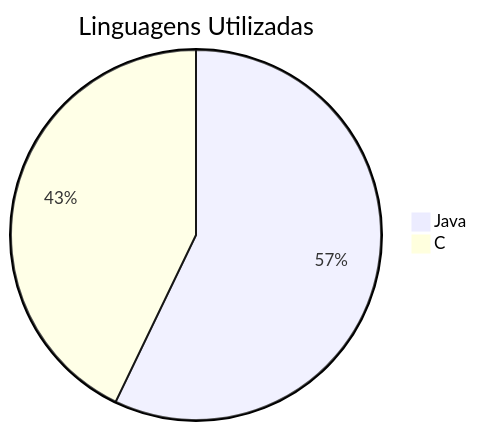
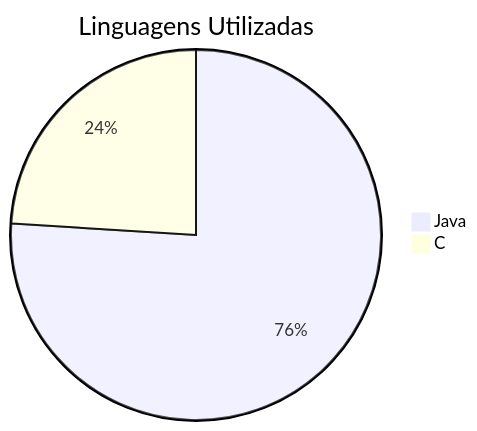
One commit to ifsc-sj-projetos/.github changed the diagram in profile/README.md. Above: the diagram before and after it, drawn with Mermaid. The commit also changed other lines of this file, not shown here.

````diff
--- a/profile/README.md
+++ b/profile/README.md
@@ -70,6 +81,6 @@
 ```mermaid
 pie
     title Linguagens Utilizadas
-    "Java" : 8
+    "Java" : 19
     "C" : 6
 ```
````
